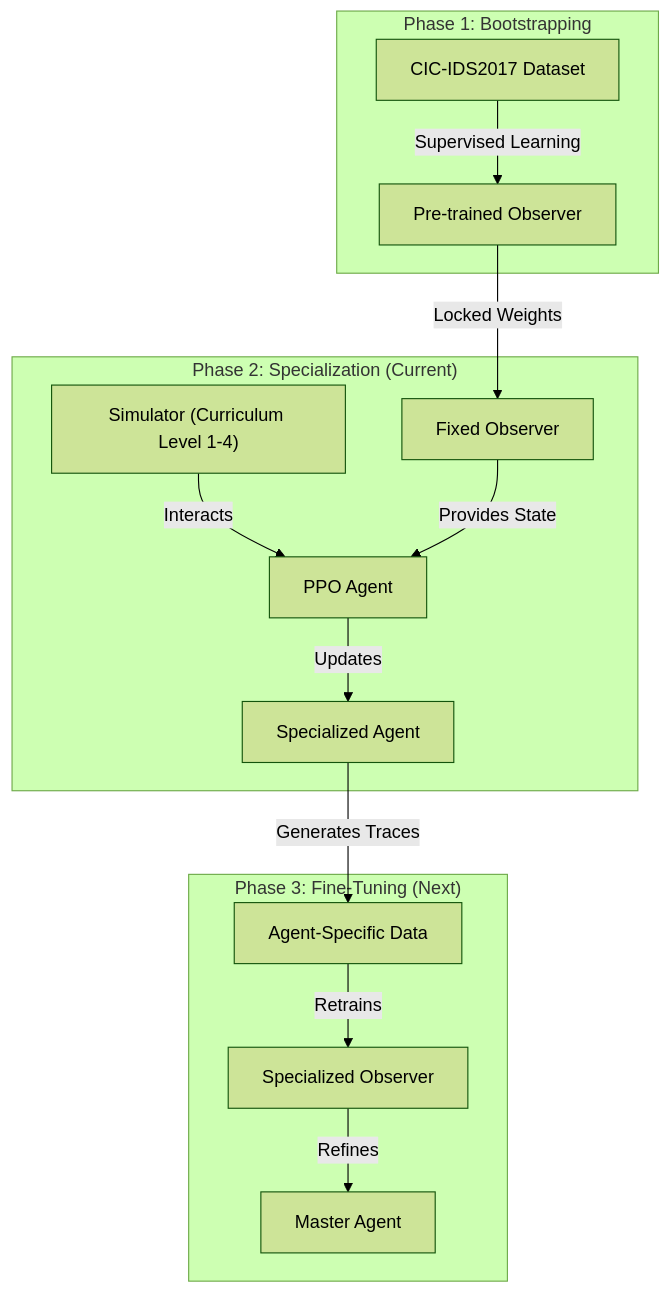
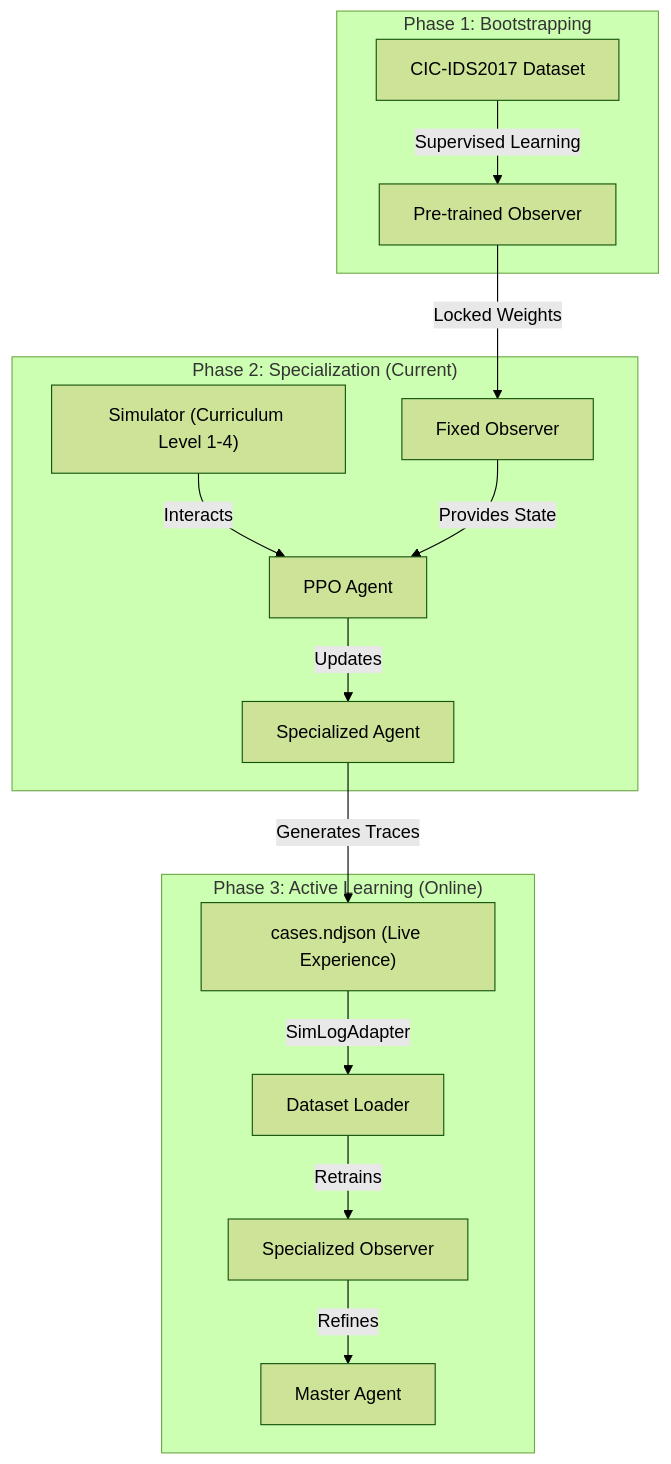
One commit to didi-09/AI_DRIVEN_SOAR changed the fourth of 5 diagrams in README.md. Above: the diagram before and after it, drawn with Mermaid (forest theme). The commit also changed other lines of this file, not shown here.

Commit message:
Enhance README with details on LayerNorm and active learning
Updated README to clarify latent space handling and active learning process.

````diff
--- a/README.md
+++ b/README.md
@@ -126,19 +127,20 @@
 ```mermaid
 graph TD
     subgraph "Phase 1: Bootstrapping"
         Dataset["CIC-IDS2017 Dataset"] -->|Supervised Learning| Obs_Pre["Pre-trained Observer"]
     end
 
     subgraph "Phase 2: Specialization (Current)"
         Obs_Pre -->|Locked Weights| Obs_Fixed["Fixed Observer"]
         Sim["Simulator (Curriculum Level 1-4)"] -->|Interacts| Agent["PPO Agent"]
         Obs_Fixed -->|Provides State| Agent
         Agent -->|Updates| Agent_Trained["Specialized Agent"]
     end
 
-    subgraph "Phase 3: Fine-Tuning (Next)"
-        Agent_Trained -->|Generates Traces| New_Data["Agent-Specific Data"]
-        New_Data -->|Retrains| Obs_Final["Specialized Observer"]
+    subgraph "Phase 3: Active Learning (Online)"
+        Agent_Trained -->|Generates Traces| New_Data["cases.ndjson (Live Experience)"]
+        New_Data -->|SimLogAdapter| Loader["Dataset Loader"]
+        Loader -->|Retrains| Obs_Final["Specialized Observer"]
         Obs_Final -->|Refines| Agent_Final["Master Agent"]
     end
 ```
````
